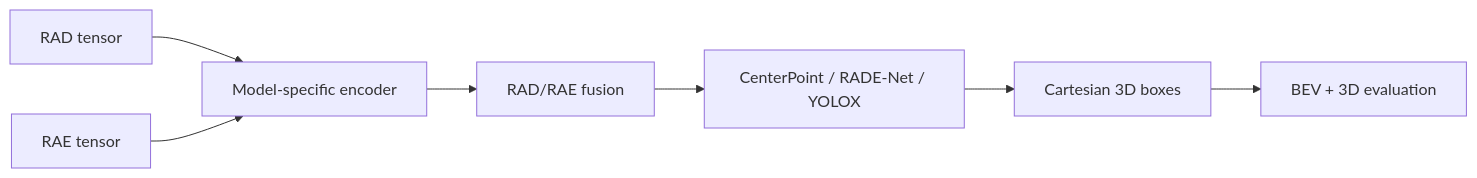
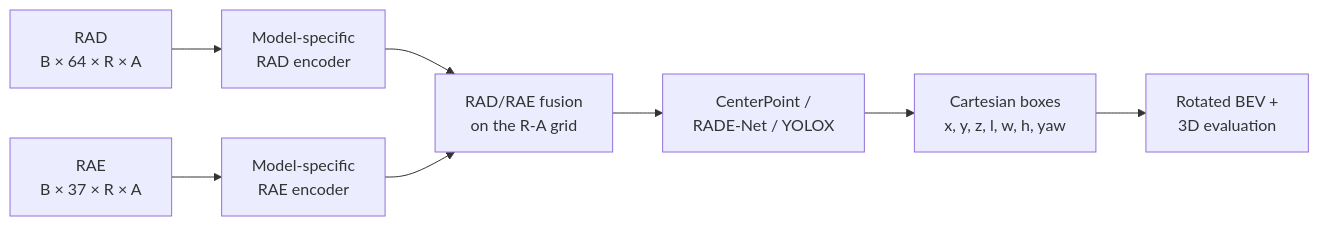
One commit to xinyuzhangsofia-gif/new_rad_rae_object_detection changed the diagram in README.md. Above: the diagram before and after it, drawn with Mermaid. The commit also changed other lines of this file, not shown here.

Commit message:
docs: rebuild README as model zoo and domain-shift guide

````diff
--- a/README.md
+++ b/README.md
@@ -107,9 +62,10 @@
-~~~mermaid
+```mermaid
 flowchart LR
-    RAD["RAD tensor"] --> ENC["Model-specific encoder"]
-    RAE["RAE tensor"] --> ENC
-    ENC --> FUSE["RAD/RAE fusion"]
-    FUSE --> HEAD["CenterPoint / RADE-Net / YOLOX"]
-    HEAD --> BOX["Cartesian 3D boxes"]
-    BOX --> EVAL["BEV + 3D evaluation"]
-~~~
+    RAD["RAD<br/>B × 64 × R × A"] --> RADENC["Model-specific<br/>RAD encoder"]
+    RAE["RAE<br/>B × 37 × R × A"] --> RAEENC["Model-specific<br/>RAE encoder"]
+    RADENC --> FUSE["RAD/RAE fusion<br/>on the R-A grid"]
+    RAEENC --> FUSE
+    FUSE --> HEAD["CenterPoint /<br/>RADE-Net / YOLOX"]
+    HEAD --> BOX["Cartesian boxes<br/>x, y, z, l, w, h, yaw"]
+    BOX --> METRIC["Rotated BEV +<br/>3D evaluation"]
+```
````
